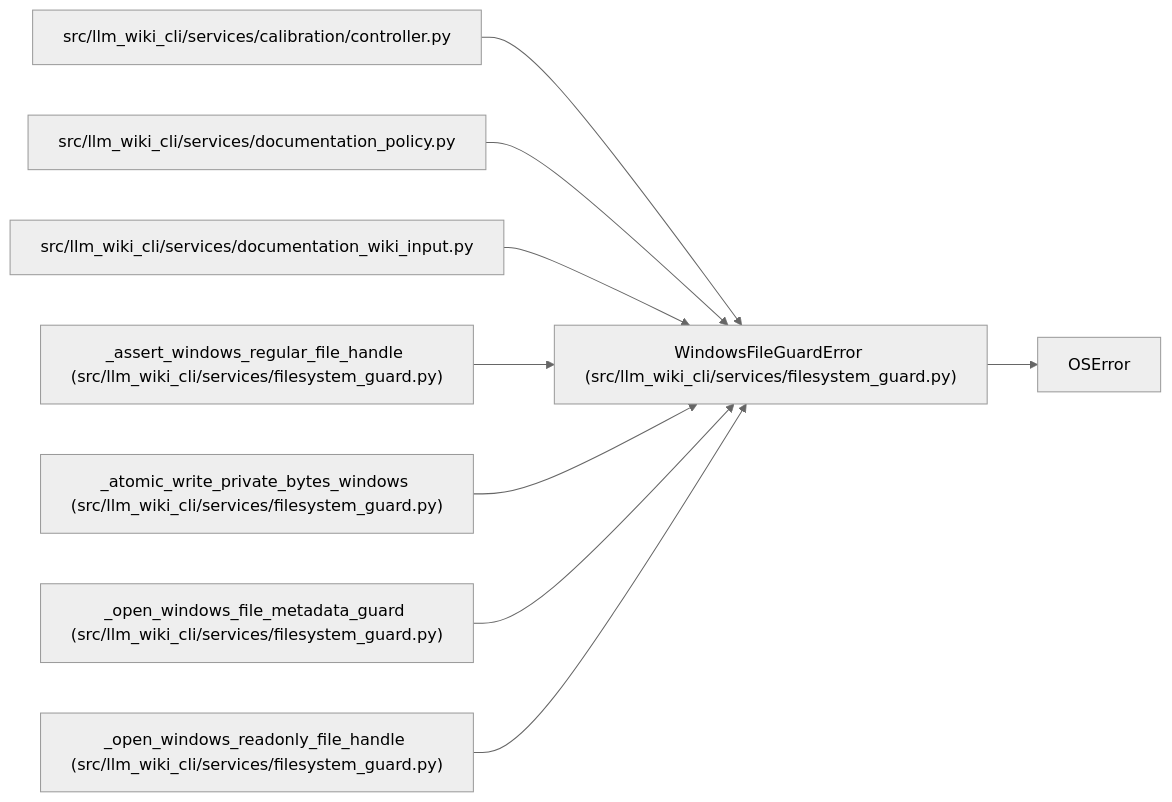
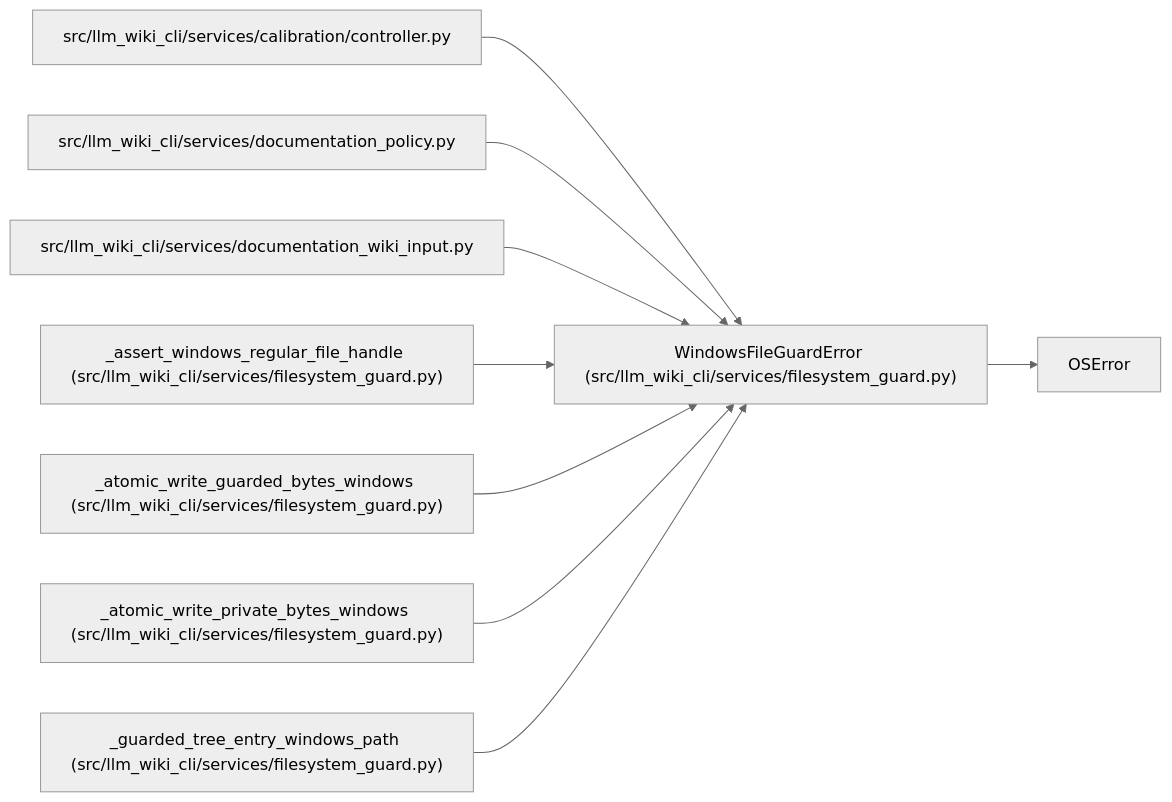
Before and after one commit to Denissvgn/python-wiki-llm: the diagram in docs/llm_wiki/entities/WindowsFileGuardError.md, drawn with Mermaid (neutral theme). The commit also changed other lines of this file and 364 other files, not shown here.

````diff
--- a/docs/llm_wiki/entities/WindowsFileGuardError.md
+++ b/docs/llm_wiki/entities/WindowsFileGuardError.md
@@ -23,28 +23,28 @@
 ```mermaid
 flowchart LR
     n0["WindowsFileGuardError (src/llm_wiki_cli/services/filesystem_guard.py)"]
     n1["OSError"]
     n2["src/llm_wiki_cli/services/calibration/controller.py"]
     n3["src/llm_wiki_cli/services/documentation_policy.py"]
     n4["src/llm_wiki_cli/services/documentation_wiki_input.py"]
     n5["_assert_windows_regular_file_handle (src/llm_wiki_cli/services/filesystem_guard.py)"]
-    n6["_atomic_write_private_bytes_windows (src/llm_wiki_cli/services/filesystem_guard.py)"]
-    n7["_open_windows_file_metadata_guard (src/llm_wiki_cli/services/filesystem_guard.py)"]
-    n8["_open_windows_readonly_file_handle (src/llm_wiki_cli/services/filesystem_guard.py)"]
+    n6["_atomic_write_guarded_bytes_windows (src/llm_wiki_cli/services/filesystem_guard.py)"]
+    n7["_atomic_write_private_bytes_windows (src/llm_wiki_cli/services/filesystem_guard.py)"]
+    n8["_guarded_tree_entry_windows_path (src/llm_wiki_cli/services/filesystem_guard.py)"]
     n0 --> n1
     n2 --> n0
     n3 --> n0
     n4 --> n0
     n5 --> n0
     n6 --> n0
     n7 --> n0
     n8 --> n0
     click n0 "../modules/filesystem_guard.md"
     click n2 "../modules/controller.md"
     click n3 "../modules/documentation_policy.md"
     click n4 "../modules/documentation_wiki_input.md"
     click n5 "../modules/filesystem_guard.md"
     click n6 "../modules/filesystem_guard.md"
     click n7 "../modules/filesystem_guard.md"
     click n8 "../modules/filesystem_guard.md"
 ```
````
